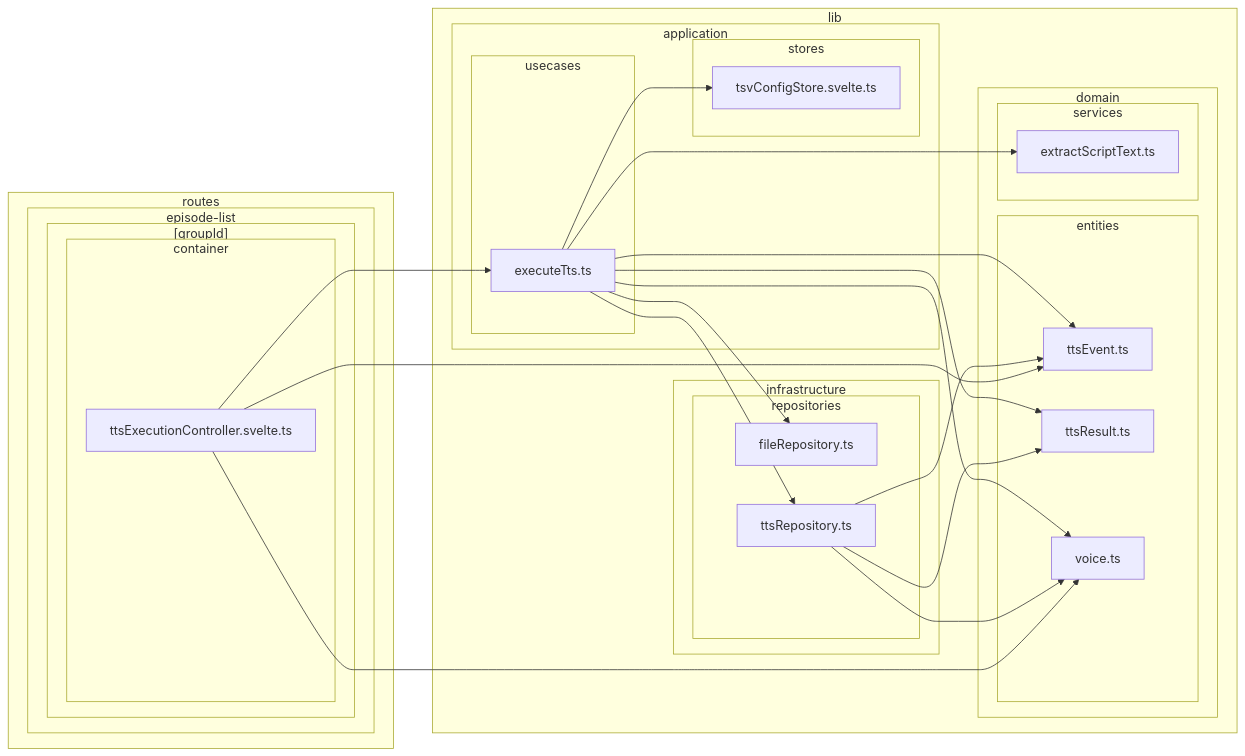
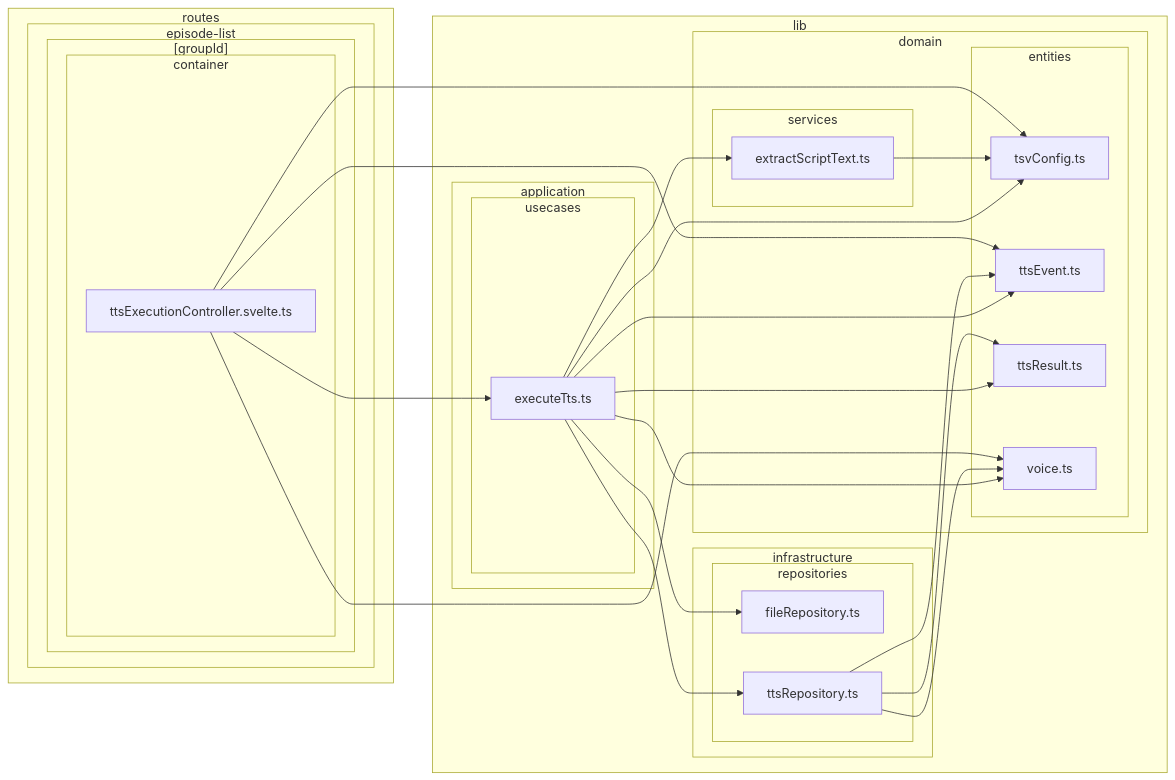
Before and after one commit to k5n/kotonoha: diagram 13 of 38 in doc/dependency-graph.md, drawn with Mermaid. The commit also changed other lines of this file and 3 other files, not shown here.

Commit message:
refactor: integrate TsvConfig into TTS execution flow and update dependency graphs

````diff
--- a/doc/dependency-graph.md
+++ b/doc/dependency-graph.md
@@ -588,51 +590,51 @@
 ```mermaid
 graph LR
         subgraph sg_lib ["lib"]
             subgraph sg_lib_application ["application"]
-                subgraph sg_lib_application_stores ["stores"]
-                    src_lib_application_stores_tsvConfigStore_svelte_ts["tsvConfigStore.svelte.ts"]
-                end
                 subgraph sg_lib_application_usecases ["usecases"]
                     src_lib_application_usecases_executeTts_ts["executeTts.ts"]
                 end
             end
             subgraph sg_lib_domain ["domain"]
                 subgraph sg_lib_domain_entities ["entities"]
+                    src_lib_domain_entities_tsvConfig_ts["tsvConfig.ts"]
                     src_lib_domain_entities_ttsEvent_ts["ttsEvent.ts"]
                     src_lib_domain_entities_ttsResult_ts["ttsResult.ts"]
                     src_lib_domain_entities_voice_ts["voice.ts"]
                 end
                 subgraph sg_lib_domain_services ["services"]
                     src_lib_domain_services_extractScriptText_ts["extractScriptText.ts"]
                 end
             end
             subgraph sg_lib_infrastructure ["infrastructure"]
                 subgraph sg_lib_infrastructure_repositories ["repositories"]
                     src_lib_infrastructure_repositories_fileRepository_ts["fileRepository.ts"]
                     src_lib_infrastructure_repositories_ttsRepository_ts["ttsRepository.ts"]
                 end
             end
         end
         subgraph sg_routes ["routes"]
             subgraph sg_routes_episode_list ["episode-list"]
                 subgraph sg_routes_episode_list__groupId_ ["[groupId]"]
                     subgraph sg_routes_episode_list__groupId__container ["container"]
                         src_routes_episode_list__groupId__container_ttsExecutionController_svelte_ts["ttsExecutionController.svelte.ts"]
                     end
                 end
             end
         end
-    src_lib_application_usecases_executeTts_ts --> src_lib_application_stores_tsvConfigStore_svelte_ts
+    src_lib_application_usecases_executeTts_ts --> src_lib_domain_entities_tsvConfig_ts
     src_lib_application_usecases_executeTts_ts --> src_lib_domain_entities_ttsEvent_ts
     src_lib_application_usecases_executeTts_ts --> src_lib_domain_entities_ttsResult_ts
     src_lib_application_usecases_executeTts_ts --> src_lib_domain_entities_voice_ts
     src_lib_application_usecases_executeTts_ts --> src_lib_domain_services_extractScriptText_ts
     src_lib_application_usecases_executeTts_ts --> src_lib_infrastructure_repositories_fileRepository_ts
     src_lib_application_usecases_executeTts_ts --> src_lib_infrastructure_repositories_ttsRepository_ts
+    src_lib_domain_services_extractScriptText_ts --> src_lib_domain_entities_tsvConfig_ts
     src_lib_infrastructure_repositories_ttsRepository_ts --> src_lib_domain_entities_ttsEvent_ts
     src_lib_infrastructure_repositories_ttsRepository_ts --> src_lib_domain_entities_ttsResult_ts
     src_lib_infrastructure_repositories_ttsRepository_ts --> src_lib_domain_entities_voice_ts
     src_routes_episode_list__groupId__container_ttsExecutionController_svelte_ts --> src_lib_application_usecases_executeTts_ts
+    src_routes_episode_list__groupId__container_ttsExecutionController_svelte_ts --> src_lib_domain_entities_tsvConfig_ts
     src_routes_episode_list__groupId__container_ttsExecutionController_svelte_ts --> src_lib_domain_entities_ttsEvent_ts
     src_routes_episode_list__groupId__container_ttsExecutionController_svelte_ts --> src_lib_domain_entities_voice_ts
 ```
````
